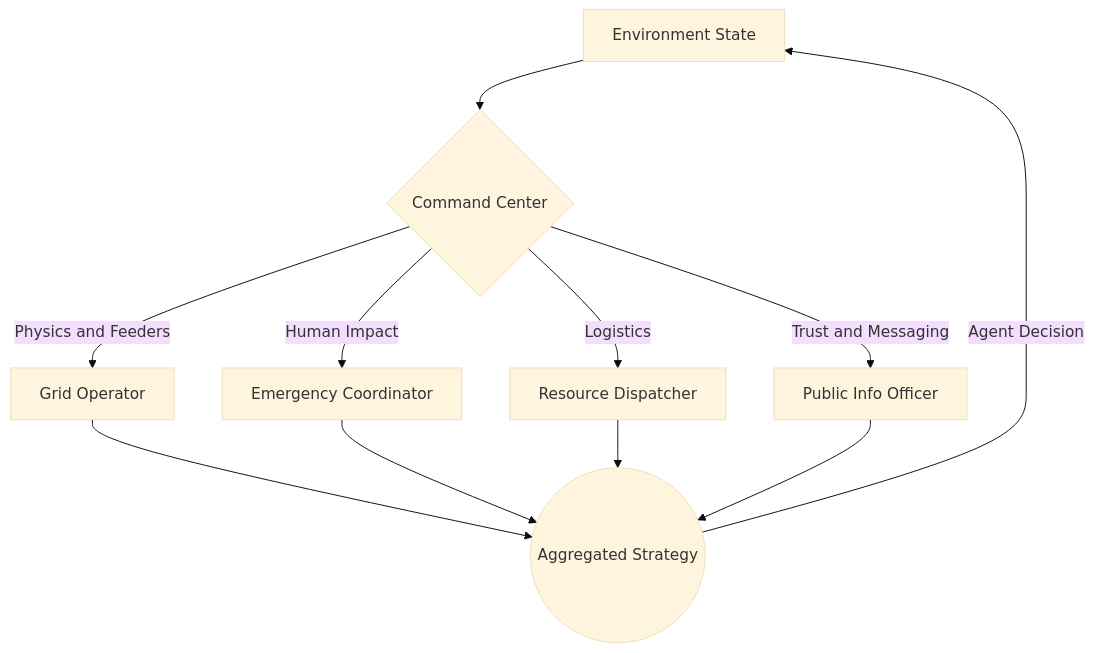
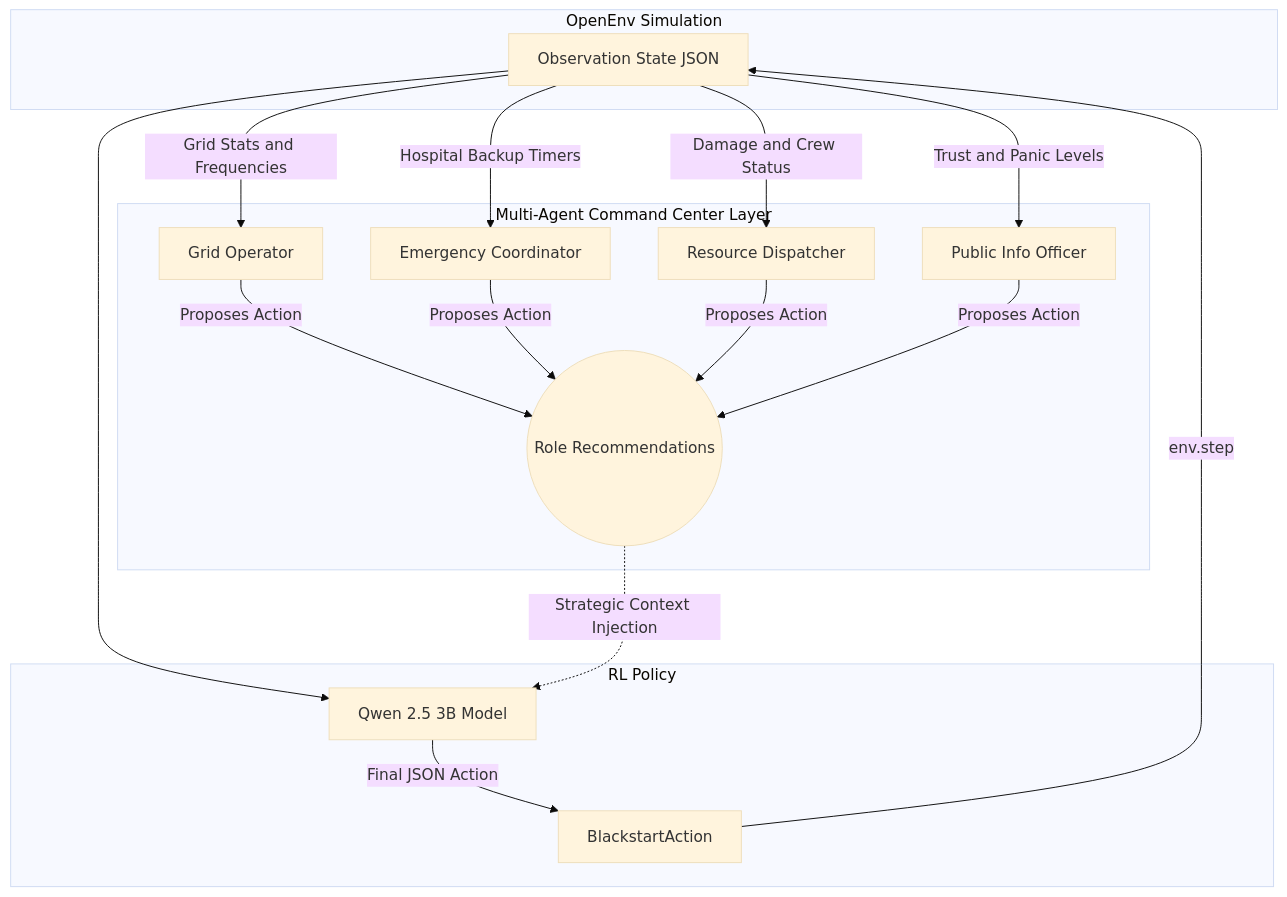
One commit to Ankitpatil944/blackout-city changed the first of 2 diagrams in README.md. Above: the diagram before and after it, drawn with Mermaid (base theme). The commit also changed other lines of this file, not shown here.

````diff
--- a/README.md
+++ b/README.md
@@ -25,16 +25,26 @@
 ```mermaid
 graph TD
-    A[Environment State] --> B{Command Center}
+    subgraph Env [OpenEnv Simulation]
+        O[Observation State JSON]
+    end
+
+    subgraph Command Center [Multi-Agent Command Center Layer]
+        O -->|Grid Stats and Frequencies| GO[Grid Operator]
+        O -->|Hospital Backup Timers| EC[Emergency Coordinator]
+        O -->|Damage and Crew Status| RD[Resource Dispatcher]
+        O -->|Trust and Panic Levels| PIO[Public Info Officer]
+        
+        GO -->|Proposes Action| R((Role Recommendations))
+        EC -->|Proposes Action| R
+        RD -->|Proposes Action| R
+        PIO -->|Proposes Action| R
+    end
+
+    subgraph AI [RL Policy]
+        O --> M[Qwen 2.5 3B Model]
+        R -.->|Strategic Context Injection| M
+        M -->|Final JSON Action| A[BlackstartAction]
+    end
     
-    B -->|Physics and Feeders| C[Grid Operator]
-    B -->|Human Impact| D[Emergency Coordinator]
-    B -->|Logistics| E[Resource Dispatcher]
-    B -->|Trust and Messaging| F[Public Info Officer]
-    
-    C --> G
-    D --> G
-    E --> G
-    F --> G
-    
-    G((Aggregated Strategy)) -->|Agent Decision| A
+    A -->|env.step| O
 ```
````
